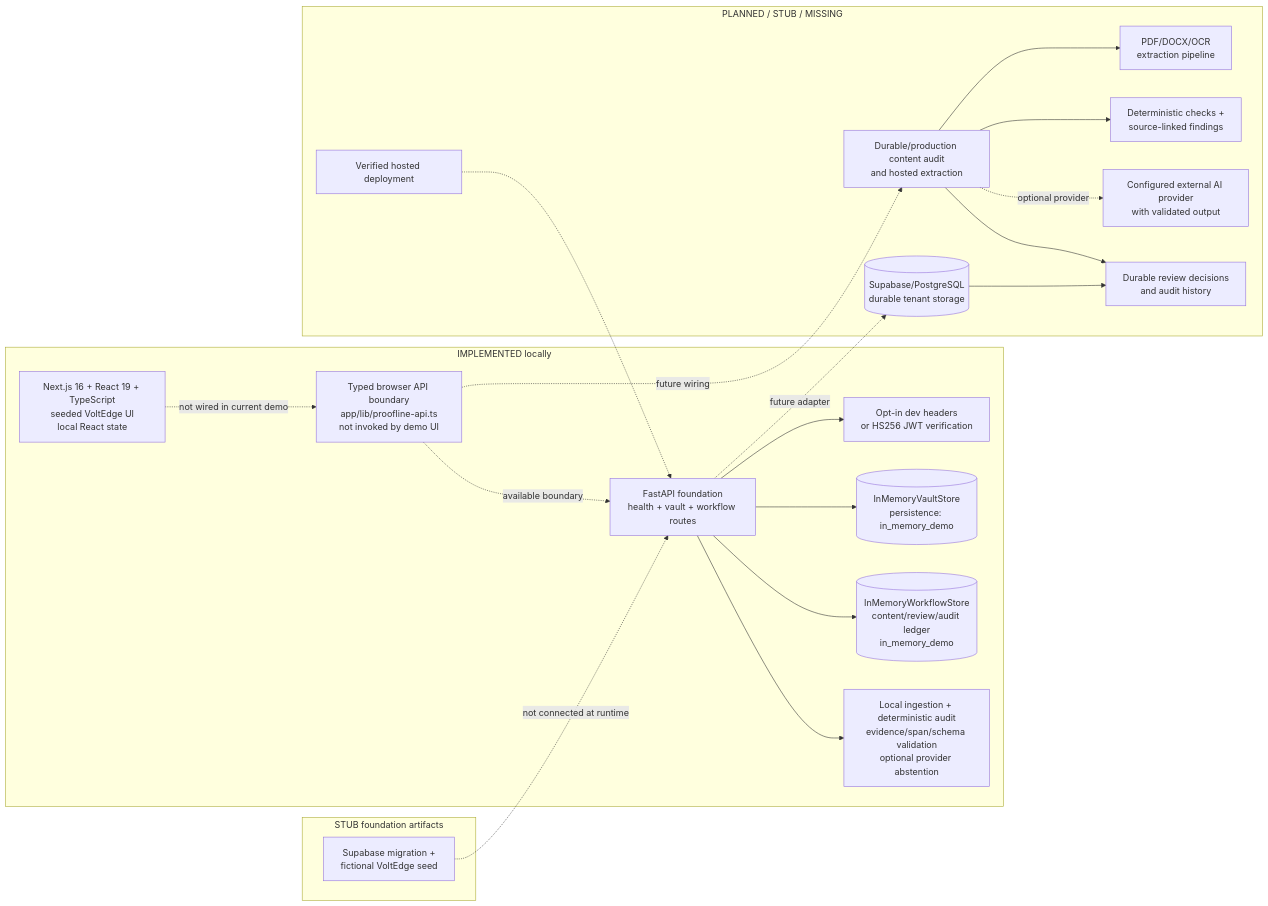
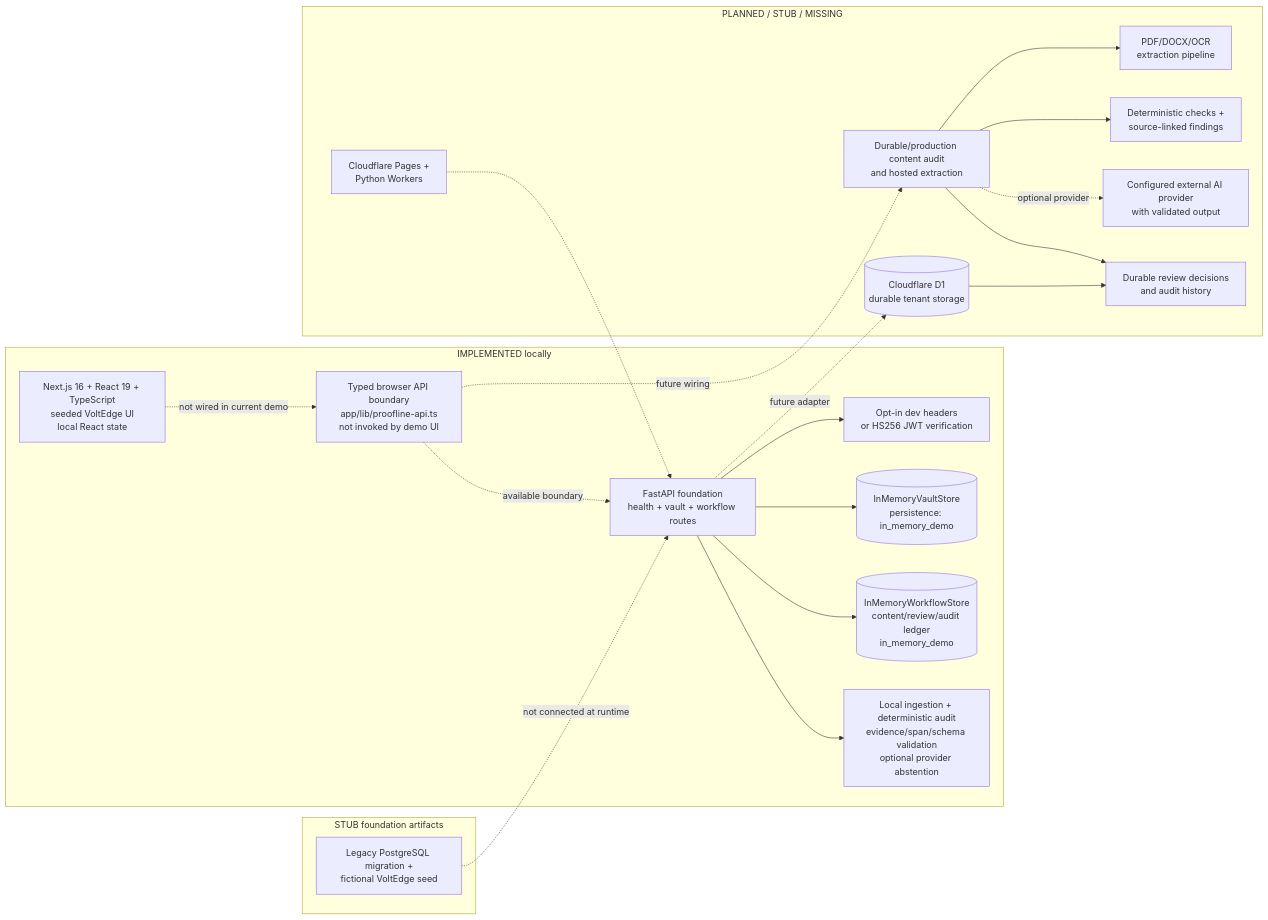
One commit to potlasrisharan/proofline changed the diagram in docs/ARCHITECTURE.md. Above: the diagram before and after it, drawn with Mermaid. The commit also changed other lines of this file and 40 other files, not shown here.

Commit message:
feat: add cloudflare deployment foundation

````diff
--- a/docs/ARCHITECTURE.md
+++ b/docs/ARCHITECTURE.md
@@ -22,41 +22,41 @@
 ```mermaid
 flowchart LR
   subgraph Actual[IMPLEMENTED locally]
     Browser["Next.js 16 + React 19 + TypeScript<br/>seeded VoltEdge UI<br/>local React state"]
     ApiClient["Typed browser API boundary<br/>app/lib/proofline-api.ts<br/>not invoked by demo UI"]
     FastAPI["FastAPI foundation<br/>health + vault + workflow routes"]
     Auth["Opt-in dev headers<br/>or HS256 JWT verification"]
     Memory[("InMemoryVaultStore<br/>persistence: in_memory_demo")]
     Workflow[("InMemoryWorkflowStore<br/>content/review/audit ledger<br/>in_memory_demo")]
     LocalAudit["Local ingestion + deterministic audit<br/>evidence/span/schema validation<br/>optional provider abstention"]
     Browser -.->|not wired in current demo| ApiClient
     ApiClient -.->|available boundary| FastAPI
     FastAPI --> Auth
     FastAPI --> Memory
     FastAPI --> Workflow
     FastAPI --> LocalAudit
   end
 
   subgraph Artifacts[STUB foundation artifacts]
-    SQL["Supabase migration +<br/>fictional VoltEdge seed"]
+     SQL["Legacy PostgreSQL migration +<br/>fictional VoltEdge seed"]
     SQL -.->|not connected at runtime| FastAPI
   end
 
   subgraph Planned[PLANNED / STUB / MISSING]
-    Durable[("Supabase/PostgreSQL<br/>durable tenant storage")]
+     Durable[("Cloudflare D1<br/>durable tenant storage")]
     Extractable["Durable/production content audit<br/>and hosted extraction"]
     Extract["PDF/DOCX/OCR<br/>extraction pipeline"]
     Rules["Deterministic checks +<br/>source-linked findings"]
     Model["Configured external AI provider<br/>with validated output"]
     Review["Durable review decisions<br/>and audit history"]
-    Deploy["Verified hosted deployment"]
+     Deploy["Cloudflare Pages +<br/>Python Workers"]
     FastAPI -.->|future adapter| Durable
     ApiClient -.->|future wiring| Extractable
     Extractable --> Extract
     Extractable --> Rules
     Extractable -.->|optional provider| Model
     Extractable --> Review
     Durable --> Review
     Deploy -.-> FastAPI
   end
 ```
````
